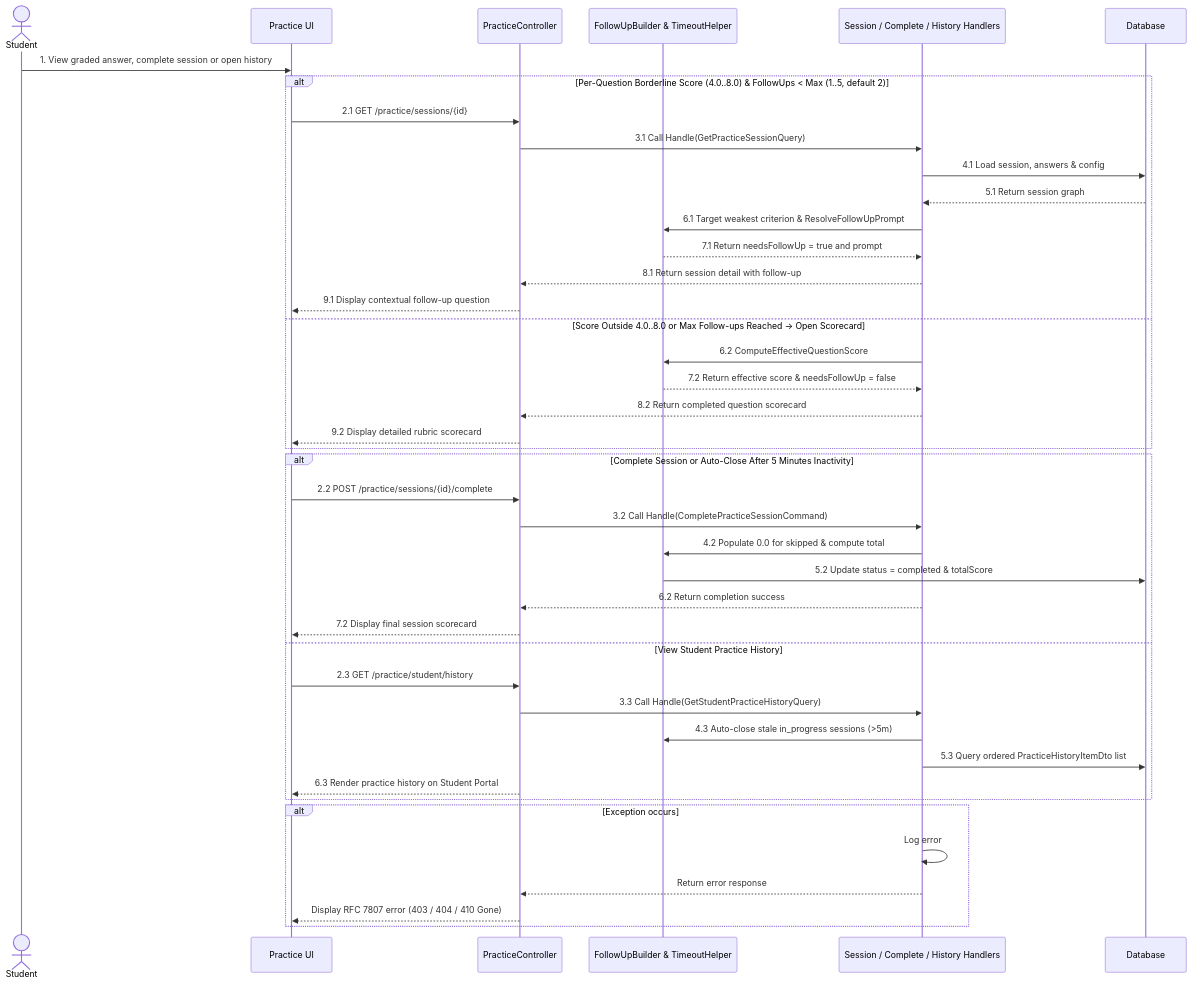
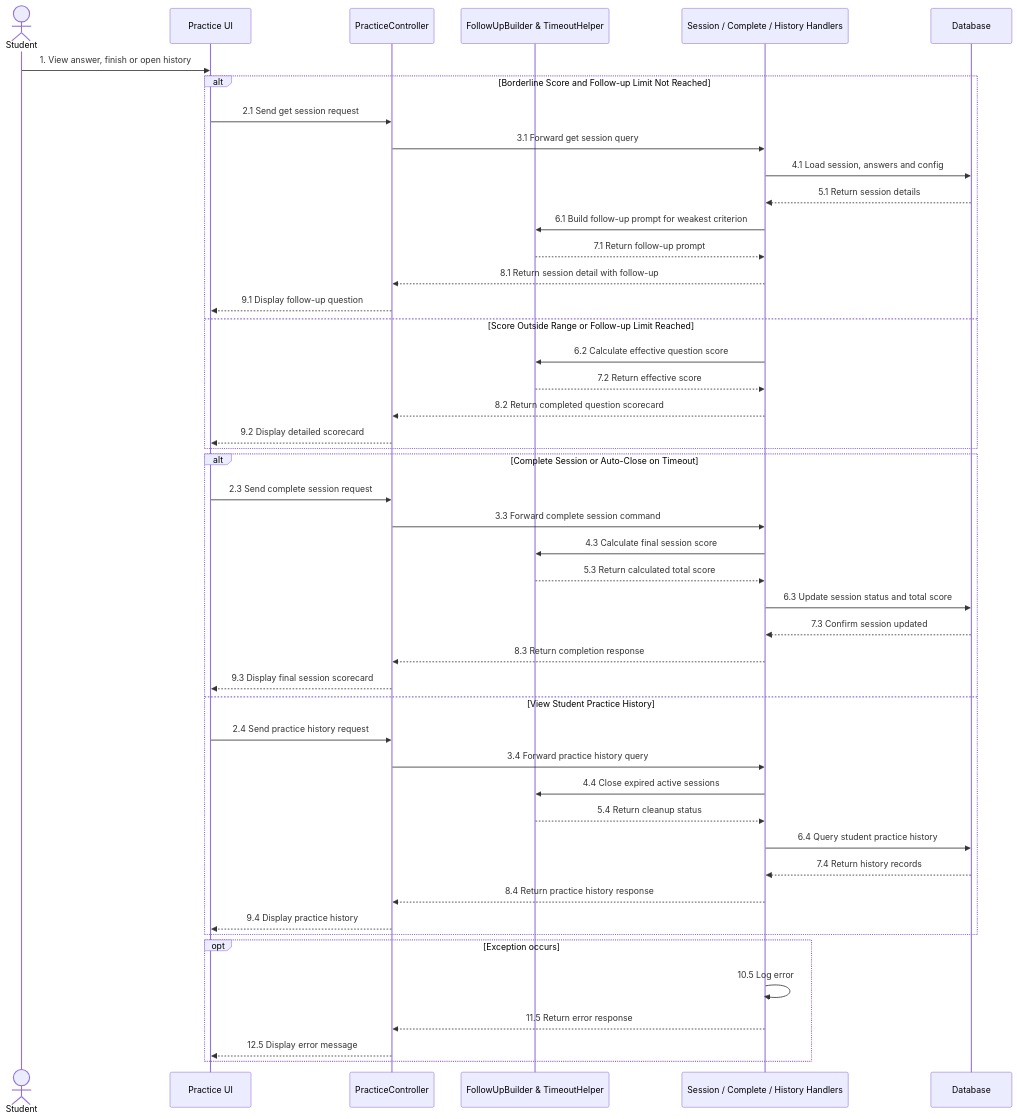
One commit to An-LLM-based-Oral-Examination/oral-exam-system changed the second of 2 diagrams in docs/Task Daily/Report4_NguyenQuangThanh/07_DD06_Practice_FollowUp_Scorecard_Timeout/DD06_FollowUpTimeout_Specification_VI.md. Above: the diagram before and after it, drawn with Mermaid. The commit also changed 146 other files, not shown here.

````diff
--- a/docs/Task Daily/Report4_NguyenQuangThanh/07_DD06_Practice_FollowUp_Scorecard_Timeout/DD06_FollowUpTimeout_Specification_VI.md
+++ b/docs/Task Daily/Report4_NguyenQuangThanh/07_DD06_Practice_FollowUp_Scorecard_Timeout/DD06_FollowUpTimeout_Specification_VI.md
@@ -153,47 +153,52 @@
 ```mermaid
 sequenceDiagram
     actor Student as Student
     participant UI as Practice UI
     participant Ctrl as PracticeController
     participant Helper as FollowUpBuilder & TimeoutHelper
     participant Handler as Session / Complete / History Handlers
     participant DB as Database
 
-    Student->>UI: 1. View graded answer, complete session or open history
-    alt Per-Question Borderline Score (4.0..8.0) & FollowUps < Max (1..5, default 2)
-        UI->>Ctrl: 2.1 GET /practice/sessions/{id}
-        Ctrl->>Handler: 3.1 Call Handle(GetPracticeSessionQuery)
-        Handler->>DB: 4.1 Load session, answers & config
-        DB-->>Handler: 5.1 Return session graph
-        Handler->>Helper: 6.1 Target weakest criterion & ResolveFollowUpPrompt
-        Helper-->>Handler: 7.1 Return needsFollowUp = true and prompt
+    Student->>UI: 1. View answer, finish or open history
+    alt Borderline Score and Follow-up Limit Not Reached
+        UI->>Ctrl: 2.1 Send get session request
+        Ctrl->>Handler: 3.1 Forward get session query
+        Handler->>DB: 4.1 Load session, answers and config
+        DB-->>Handler: 5.1 Return session details
+        Handler->>Helper: 6.1 Build follow-up prompt for weakest criterion
+        Helper-->>Handler: 7.1 Return follow-up prompt
         Handler-->>Ctrl: 8.1 Return session detail with follow-up
-        Ctrl-->>UI: 9.1 Display contextual follow-up question
-    else Score Outside 4.0..8.0 or Max Follow-ups Reached -> Open Scorecard
-        Handler->>Helper: 6.2 ComputeEffectiveQuestionScore
-        Helper-->>Handler: 7.2 Return effective score & needsFollowUp = false
+        Ctrl-->>UI: 9.1 Display follow-up question
+    else Score Outside Range or Follow-up Limit Reached
+        Handler->>Helper: 6.2 Calculate effective question score
+        Helper-->>Handler: 7.2 Return effective score
         Handler-->>Ctrl: 8.2 Return completed question scorecard
-        Ctrl-->>UI: 9.2 Display detailed rubric scorecard
+        Ctrl-->>UI: 9.2 Display detailed scorecard
     end
 
-    alt Complete Session or Auto-Close After 5 Minutes Inactivity
-        UI->>Ctrl: 2.2 POST /practice/sessions/{id}/complete
-        Ctrl->>Handler: 3.2 Call Handle(CompletePracticeSessionCommand)
-        Handler->>Helper: 4.2 Populate 0.0 for skipped & compute total
-        Helper->>DB: 5.2 Update status = completed & totalScore
-        Handler-->>Ctrl: 6.2 Return completion success
-        Ctrl-->>UI: 7.2 Display final session scorecard
+    alt Complete Session or Auto-Close on Timeout
+        UI->>Ctrl: 2.3 Send complete session request
+        Ctrl->>Handler: 3.3 Forward complete session command
+        Handler->>Helper: 4.3 Calculate final session score
+        Helper-->>Handler: 5.3 Return calculated total score
+        Handler->>DB: 6.3 Update session status and total score
+        DB-->>Handler: 7.3 Confirm session updated
+        Handler-->>Ctrl: 8.3 Return completion response
+        Ctrl-->>UI: 9.3 Display final session scorecard
     else View Student Practice History
-        UI->>Ctrl: 2.3 GET /practice/student/history
-        Ctrl->>Handler: 3.3 Call Handle(GetStudentPracticeHistoryQuery)
-        Handler->>Helper: 4.3 Auto-close stale in_progress sessions (>5m)
-        Handler->>DB: 5.3 Query ordered PracticeHistoryItemDto list
-        Ctrl-->>UI: 6.3 Render practice history on Student Portal
+        UI->>Ctrl: 2.4 Send practice history request
+        Ctrl->>Handler: 3.4 Forward practice history query
+        Handler->>Helper: 4.4 Close expired active sessions
+        Helper-->>Handler: 5.4 Return cleanup status
+        Handler->>DB: 6.4 Query student practice history
+        DB-->>Handler: 7.4 Return history records
+        Handler-->>Ctrl: 8.4 Return practice history response
+        Ctrl-->>UI: 9.4 Display practice history
     end
 
-    alt Exception occurs
-        Handler->>Handler: Log error
-        Handler-->>Ctrl: Return error response
-        Ctrl-->>UI: Display RFC 7807 error (403 / 404 / 410 Gone)
+    opt Exception occurs
+        Handler->>Handler: 10.5 Log error
+        Handler-->>Ctrl: 11.5 Return error response
+        Ctrl-->>UI: 12.5 Display error message
     end
 ```
````
